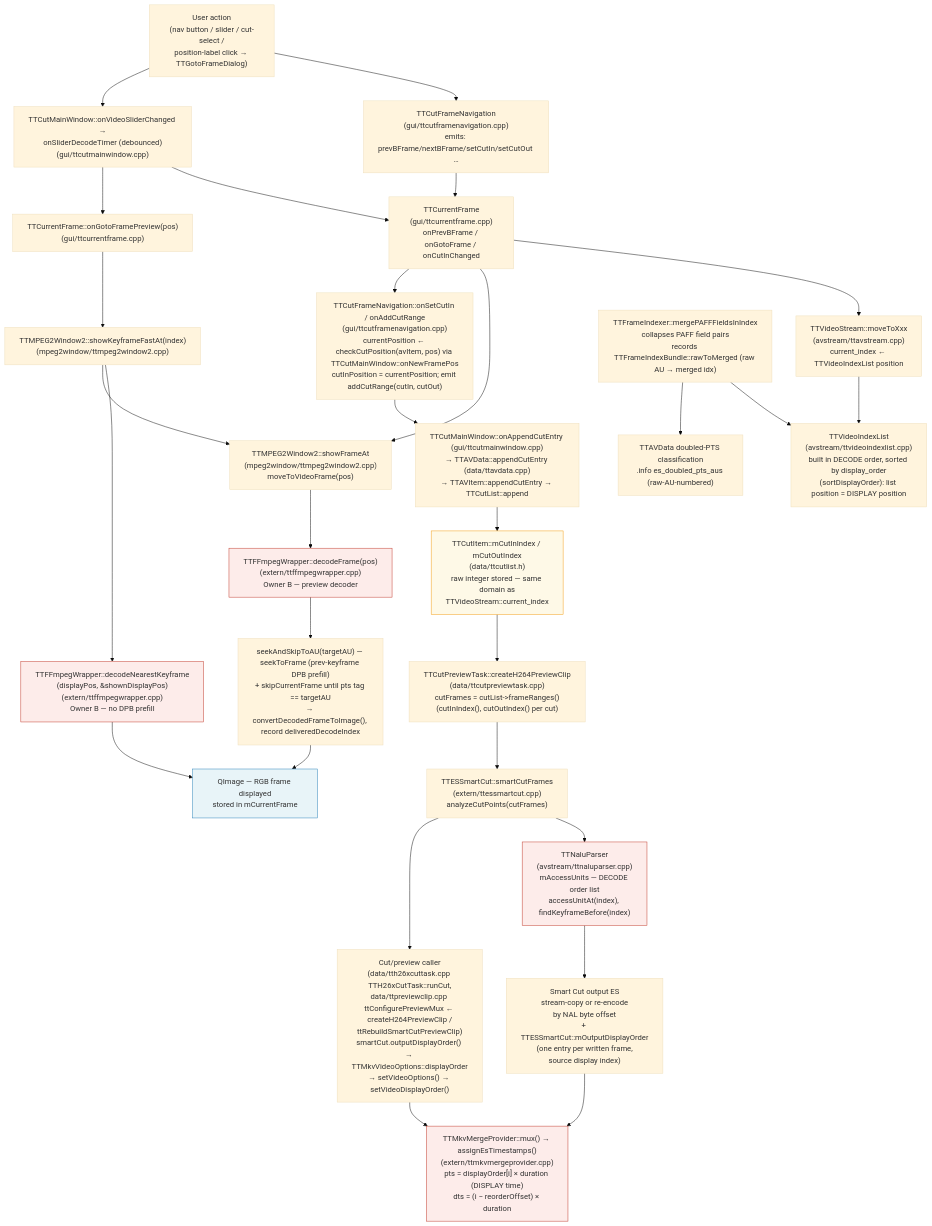
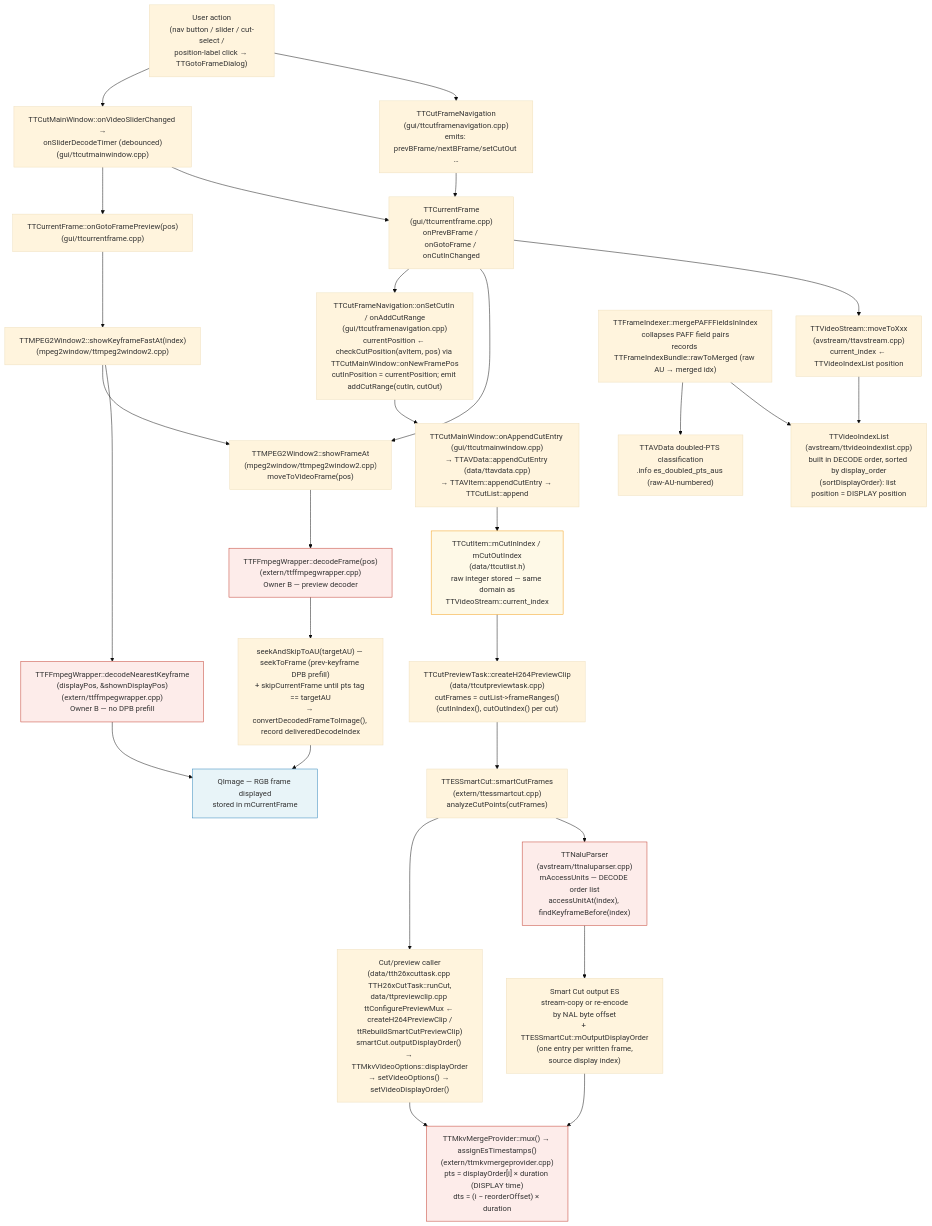
The diagram in docs/code-map/frame-order.md (MINIXJR/TTCut-ng), drawn with Mermaid (base theme) before and after one commit. The commit also changed other lines of this file and 21 other files, not shown here.

````diff
--- a/docs/code-map/frame-order.md
+++ b/docs/code-map/frame-order.md
@@ -62,51 +62,51 @@
 ```mermaid
 flowchart TD
     A["User action<br/>(nav button / slider / cut-select /<br/>position-label click → TTGotoFrameDialog)"]
-    B["TTCutFrameNavigation<br/>(gui/ttcutframenavigation.cpp)<br/>emits: prevBFrame/nextBFrame/setCutIn/setCutOut …"]
+    B["TTCutFrameNavigation<br/>(gui/ttcutframenavigation.cpp)<br/>emits: prevBFrame/nextBFrame/setCutOut …"]
     C["TTCurrentFrame<br/>(gui/ttcurrentframe.cpp)<br/>onPrevBFrame / onGotoFrame / onCutInChanged"]
     D["TTVideoStream::moveToXxx<br/>(avstream/ttavstream.cpp)<br/>current_index ← TTVideoIndexList position"]
     E["TTVideoIndexList<br/>(avstream/ttvideoindexlist.cpp)<br/>built in DECODE order, sorted by display_order<br/>(sortDisplayOrder): list position = DISPLAY position"]
     F["TTMPEG2Window2::showFrameAt<br/>(mpeg2window/ttmpeg2window2.cpp)<br/>moveToVideoFrame(pos)"]
     G["TTFFmpegWrapper::decodeFrame(pos)<br/>(extern/ttffmpegwrapper.cpp)<br/>Owner B — preview decoder"]
     H["seekAndSkipToAU(targetAU) — seekToFrame (prev-keyframe DPB prefill)<br/>+ skipCurrentFrame until pts tag == targetAU<br/>→ convertDecodedFrameToImage(), record deliveredDecodeIndex"]
     I["QImage — RGB frame displayed<br/>stored in mCurrentFrame"]
     SL["TTCutMainWindow::onVideoSliderChanged →<br/>onSliderDecodeTimer (debounced)<br/>(gui/ttcutmainwindow.cpp)"]
     GP["TTCurrentFrame::onGotoFramePreview(pos)<br/>(gui/ttcurrentframe.cpp)"]
     KF["TTMPEG2Window2::showKeyframeFastAt(index)<br/>(mpeg2window/ttmpeg2window2.cpp)"]
     NK["TTFFmpegWrapper::decodeNearestKeyframe<br/>(displayPos, &amp;shownDisplayPos)<br/>(extern/ttffmpegwrapper.cpp)<br/>Owner B — no DPB prefill"]
     J["TTCutFrameNavigation::onSetCutIn / onAddCutRange<br/>(gui/ttcutframenavigation.cpp)<br/>currentPosition ← checkCutPosition(avItem, pos) via TTCutMainWindow::onNewFramePos<br/>cutInPosition = currentPosition; emit addCutRange(cutIn, cutOut)"]
     K["TTCutMainWindow::onAppendCutEntry (gui/ttcutmainwindow.cpp)<br/>→ TTAVData::appendCutEntry (data/ttavdata.cpp)<br/>→ TTAVItem::appendCutEntry → TTCutList::append"]
     L["TTCutItem::mCutInIndex / mCutOutIndex<br/>(data/ttcutlist.h)<br/>raw integer stored — same domain as<br/>TTVideoStream::current_index"]
     M["TTCutPreviewTask::createH264PreviewClip<br/>(data/ttcutpreviewtask.cpp)<br/>cutFrames = cutList-&gt;frameRanges()<br/>(cutInIndex(), cutOutIndex() per cut)"]
     N["TTESSmartCut::smartCutFrames<br/>(extern/ttessmartcut.cpp)<br/>analyzeCutPoints(cutFrames)"]
     O["TTNaluParser<br/>(avstream/ttnaluparser.cpp)<br/>mAccessUnits — DECODE order list<br/>accessUnitAt(index), findKeyframeBefore(index)"]
     P["Smart Cut output ES<br/>stream-copy or re-encode<br/>by NAL byte offset<br/>+ TTESSmartCut::mOutputDisplayOrder<br/>(one entry per written frame,<br/>source display index)"]
     Q["Cut/preview caller<br/>(data/tth26xcuttask.cpp TTH26xCutTask::runCut,<br/>data/ttpreviewclip.cpp ttConfigurePreviewMux ← createH264PreviewClip /<br/>ttRebuildSmartCutPreviewClip)<br/>smartCut.outputDisplayOrder() → TTMkvVideoOptions::displayOrder<br/>→ setVideoOptions() → setVideoDisplayOrder()"]
     R["TTMkvMergeProvider::mux() → assignEsTimestamps()<br/>(extern/ttmkvmergeprovider.cpp)<br/>pts = displayOrder[i] × duration (DISPLAY time)<br/>dts = (i − reorderOffset) × duration"]
 
     MRG["TTFrameIndexer::mergePAFFFieldsInIndex<br/>collapses PAFF field pairs<br/>records TTFrameIndexBundle::rawToMerged (raw AU → merged idx)"]
     DPC["TTAVData doubled-PTS classification<br/>.info es_doubled_pts_aus (raw-AU-numbered)"]
 
     A --> B --> C
     C --> D --> E
     MRG --> E
     MRG --> DPC
     C --> F
     F --> G --> H --> I
     C --> J --> K --> L
     L --> M --> N --> O --> P
     N --> Q --> R
     P --> R
     A --> SL
     SL --> C
     SL --> GP --> KF
     KF --> NK --> I
     KF --> F
 
     style I fill:#e8f4f8,stroke:#2980b9
     style L fill:#fef9e7,stroke:#f39c12
     style G fill:#fdecea,stroke:#c0392b
     style O fill:#fdecea,stroke:#c0392b
     style R fill:#fdecea,stroke:#c0392b
     style NK fill:#fdecea,stroke:#c0392b
 ```
````
